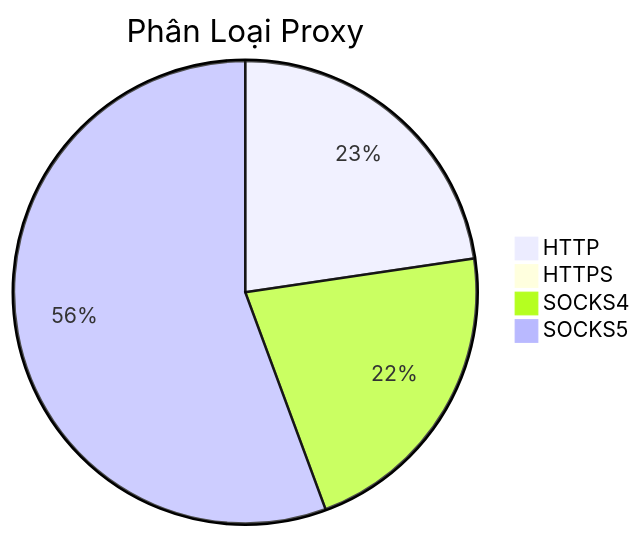
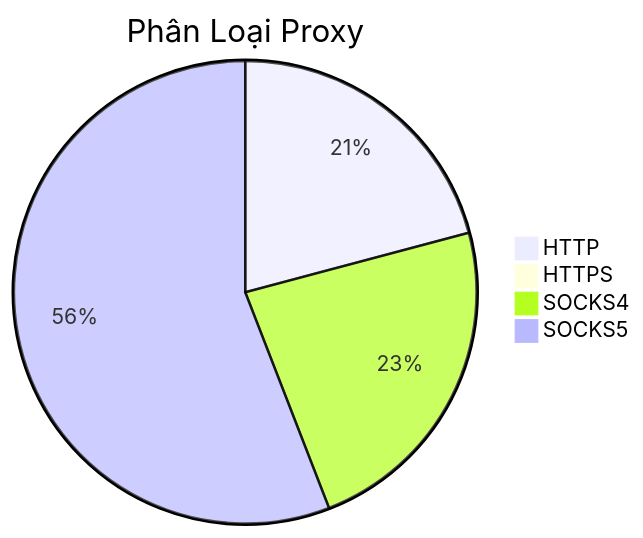
Before and after one commit to Ciara-12/PROXY-free: the diagram in README.md, drawn with Mermaid. The commit also changed other lines of this file and 4 other files, not shown here.

````diff
--- a/README.md
+++ b/README.md
@@ -26,7 +26,7 @@
 ```mermaid
 pie title Phân Loại Proxy
-    "HTTP" : 422
-    "HTTPS" : 2
-    "SOCKS4" : 404
-    "SOCKS5" : 1036
+    "HTTP" : 384
+    "HTTPS" : 1
+    "SOCKS4" : 428
+    "SOCKS5" : 1029
 ```
````
